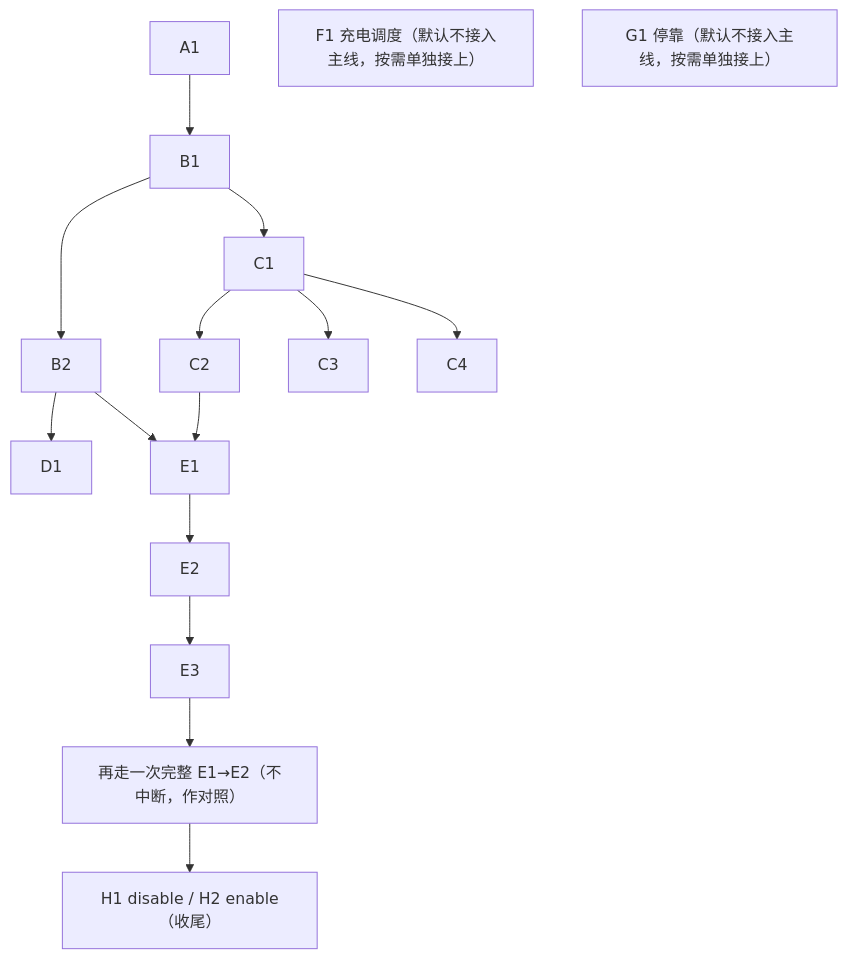
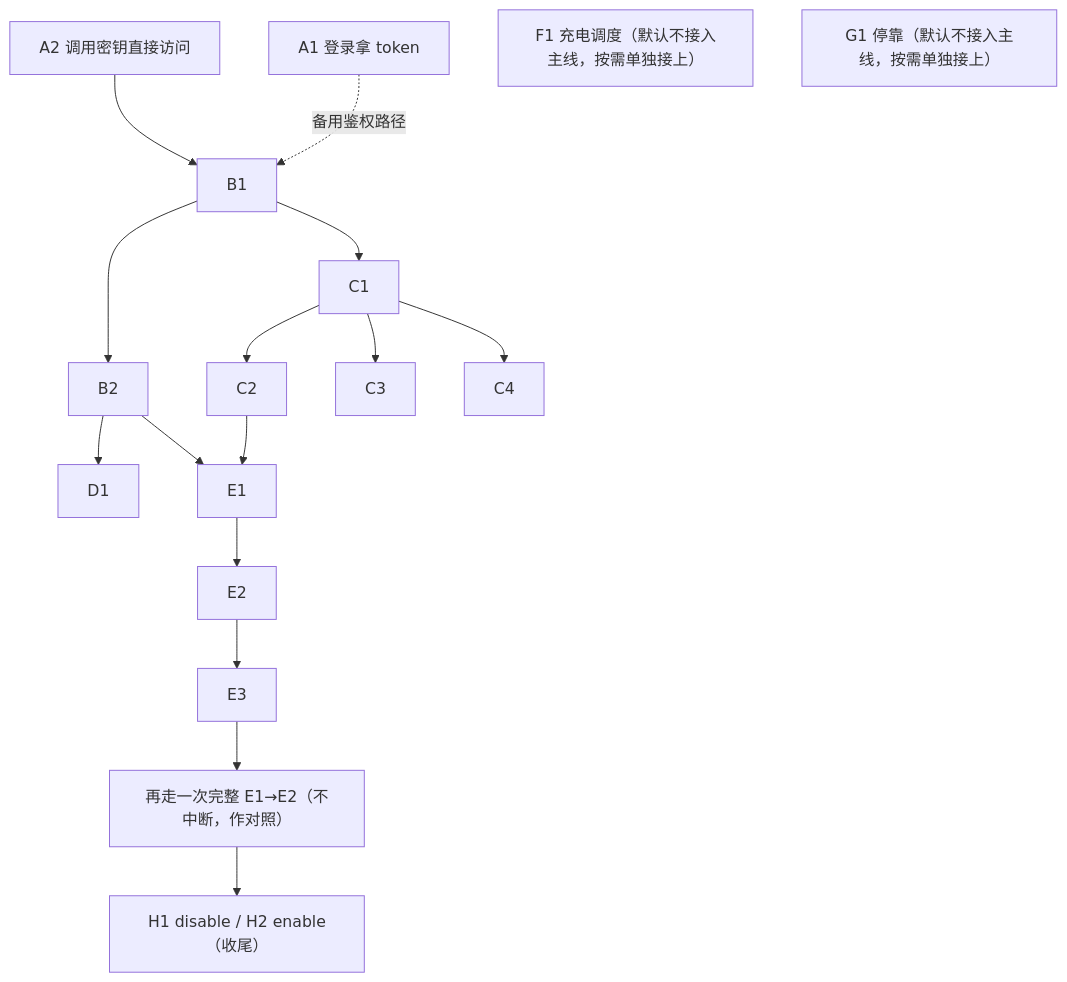
Before and after one commit to trytoreachpeak0/8005-agv-program: the diagram in rcs/riot-behavior-lab/experiments/catalog.md, drawn with Mermaid. The commit also changed other lines of this file and 1413 other files, not shown here.

````diff
--- a/rcs/riot-behavior-lab/experiments/catalog.md
+++ b/rcs/riot-behavior-lab/experiments/catalog.md
@@ -37,15 +40,19 @@
 ```mermaid
 flowchart TB
-  A1 --> B1 --> B2
+  A2["A2 调用密钥直接访问"]
+  A1["A1 登录拿 token"]
+  A2 --> B1
+  A1 -.->|"备用鉴权路径"| B1
+  B1 --> B2
   B1 --> C1 --> C2
   C1 --> C3
   C1 --> C4
   B2 --> D1
   B2 --> E1
   C2 --> E1
   E1 --> E2 --> E3
   E3 --> E1b["再走一次完整 E1→E2（不中断，作对照）"]
   E1b --> H1H2["H1 disable / H2 enable（收尾）"]
   F1["F1 充电调度（默认不接入主线，按需单独接上）"]
   G1["G1 停靠（默认不接入主线，按需单独接上）"]
 ```
````
